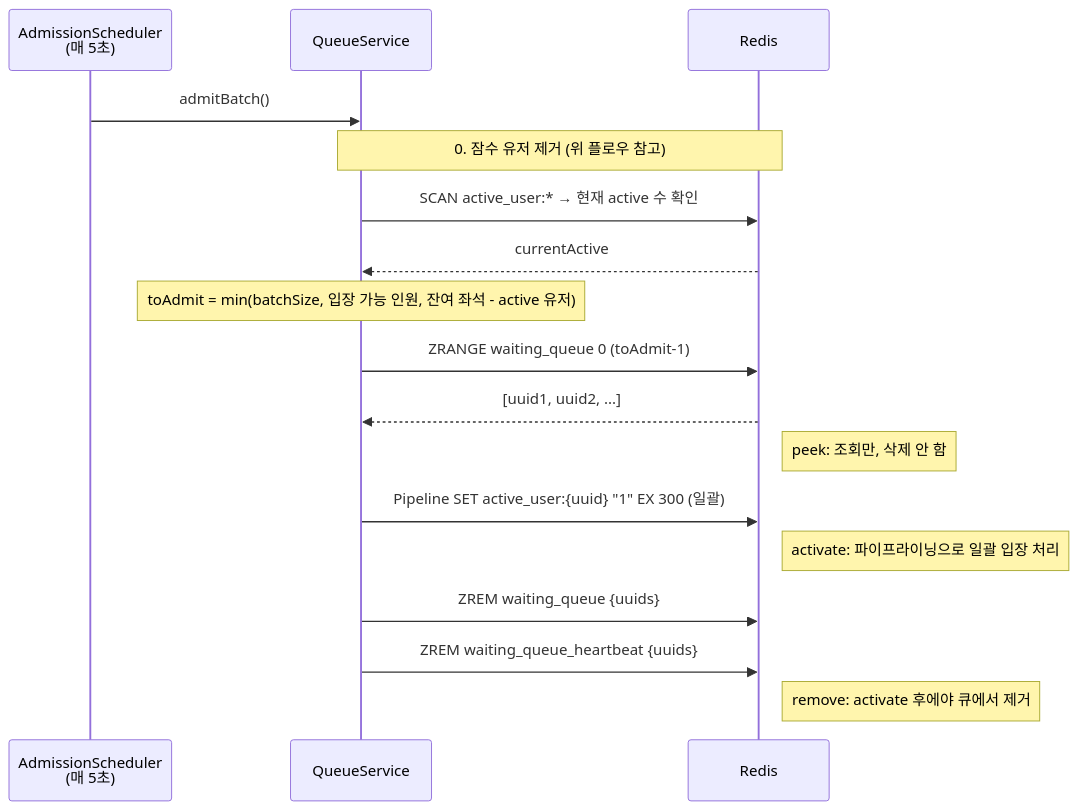
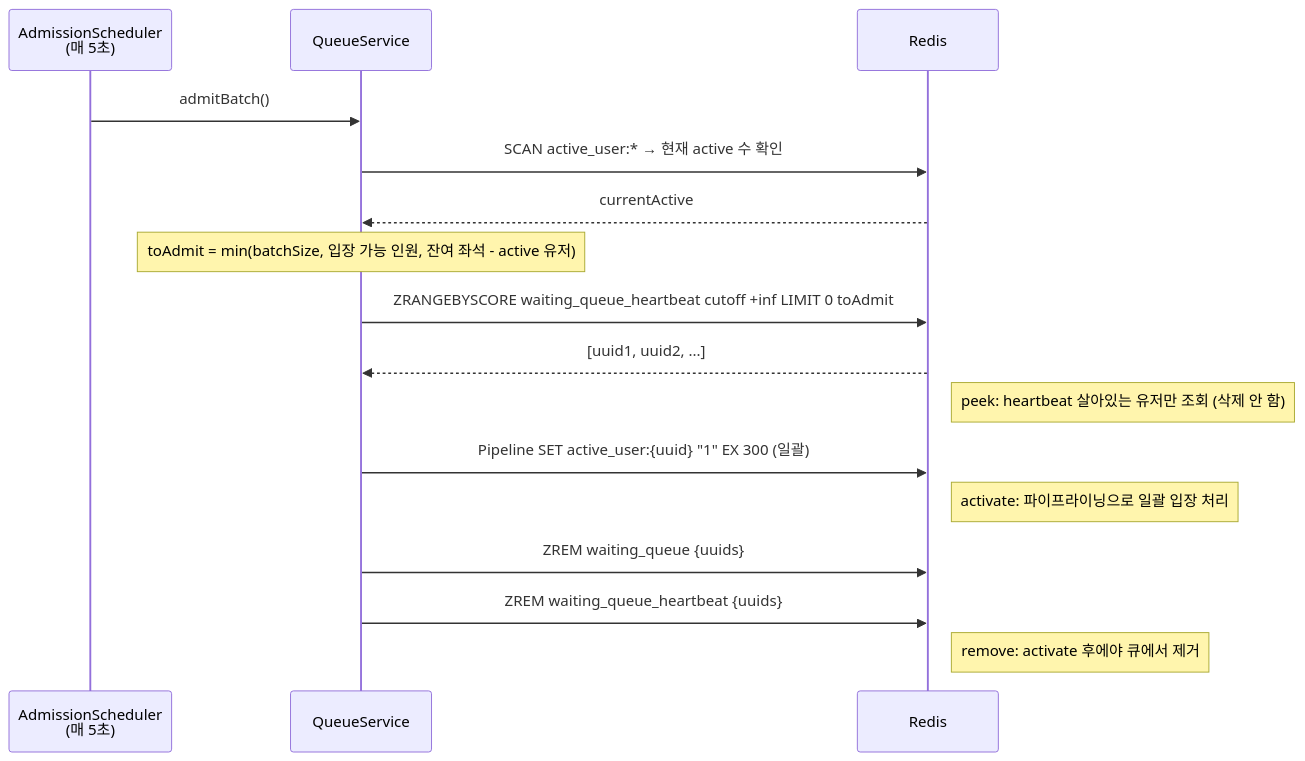
The fourth of 7 diagrams in README.md (irnd04/zticket), drawn with Mermaid before and after one commit. The commit also changed other lines of this file and 2 other files, not shown here.

First line of the commit message:
docs: removeExpired 별도 스케줄러 분리 및 peekBatch 변경사항 README 반영

````diff
--- a/README.md
+++ b/README.md
@@ -128,26 +128,24 @@
 ```mermaid
 sequenceDiagram
     participant S as AdmissionScheduler<br/>(매 5초)
     participant Q as QueueService
     participant R as Redis
 
     S->>Q: admitBatch()
 
-    Note over Q,R: 0. 잠수 유저 제거 (위 플로우 참고)
-
     Q->>R: SCAN active_user:* → 현재 active 수 확인
     R-->>Q: currentActive
 
     Note over Q: toAdmit = min(batchSize, 입장 가능 인원, 잔여 좌석 - active 유저)
 
-    Q->>R: ZRANGE waiting_queue 0 (toAdmit-1)
+    Q->>R: ZRANGEBYSCORE waiting_queue_heartbeat cutoff +inf LIMIT 0 toAdmit
     R-->>Q: [uuid1, uuid2, ...]
-    Note right of R: peek: 조회만, 삭제 안 함
+    Note right of R: peek: heartbeat 살아있는 유저만 조회 (삭제 안 함)
 
     Q->>R: Pipeline SET active_user:{uuid} "1" EX 300 (일괄)
     Note right of R: activate: 파이프라이닝으로 일괄 입장 처리
 
     Q->>R: ZREM waiting_queue {uuids}
     Q->>R: ZREM waiting_queue_heartbeat {uuids}
     Note right of R: remove: activate 후에야 큐에서 제거
 ```
````
